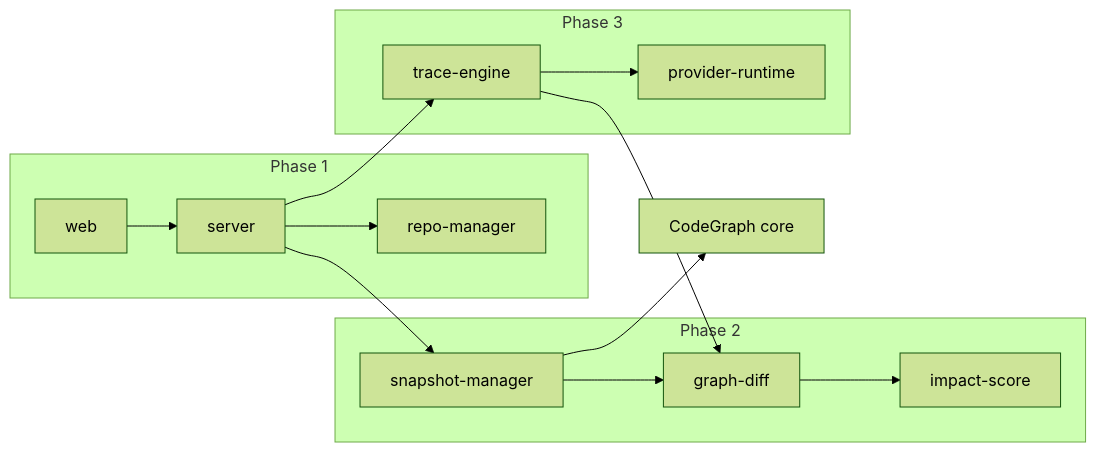
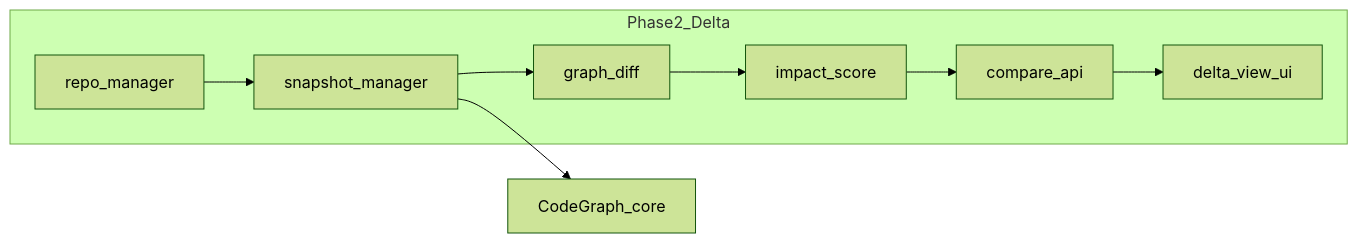
The diagram in docs/codedelta/ROADMAP.md (ingeniousfrog/CodeDelta), drawn with Mermaid (forest theme) before and after one commit. The commit also changed other lines of this file and 35 other files, not shown here.

First line of the commit message:
feat(codedelta): refine delta review UX and deterministic impact analysis

````diff
--- a/docs/codedelta/ROADMAP.md
+++ b/docs/codedelta/ROADMAP.md
@@ -52,23 +119,18 @@
 ```mermaid
 flowchart LR
-  subgraph phase1 [Phase 1]
-    Repo[repo-manager]
-    API[server]
-    UI[web]
+  subgraph phase2 [Phase2_Delta]
+    Repo[repo_manager]
+    Snap[snapshot_manager]
+    Diff[graph_diff]
+    Impact[impact_score]
+    API[compare_api]
+    UI[delta_view_ui]
   end
-  subgraph phase2 [Phase 2]
-    Snap[snapshot-manager]
-    Diff[graph-diff]
-    Impact[impact-score]
-  end
-  subgraph phase3 [Phase 3]
-    Trace[trace-engine]
-    LLM[provider-runtime]
-  end
-  CG[CodeGraph core]
-  UI --> API --> Repo
-  API --> Snap --> CG
-  Snap --> Diff --> Impact
-  API --> Trace --> Diff
-  Trace --> LLM
+  CG[CodeGraph_core]
+  Repo --> Snap
+  Snap --> CG
+  Snap --> Diff
+  Diff --> Impact
+  Impact --> API
+  API --> UI
 ```
````
